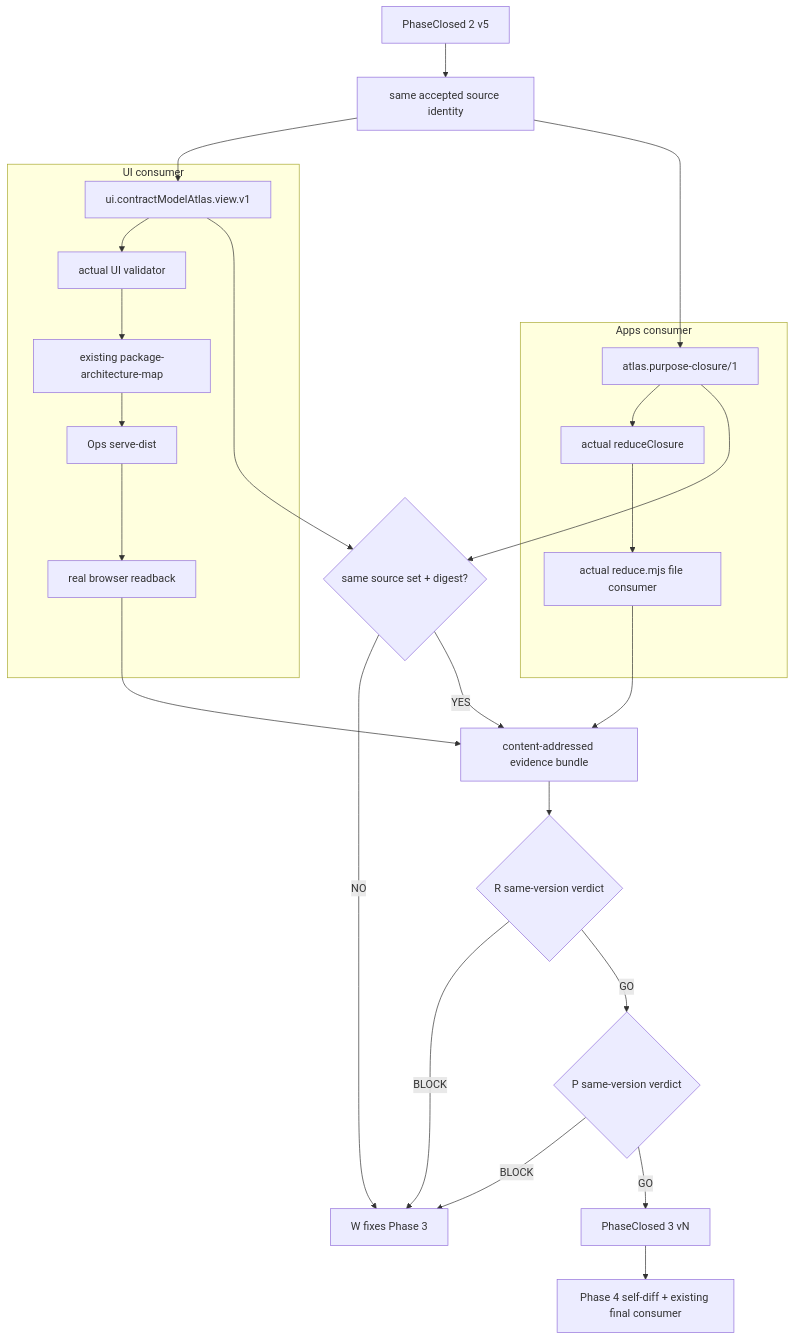
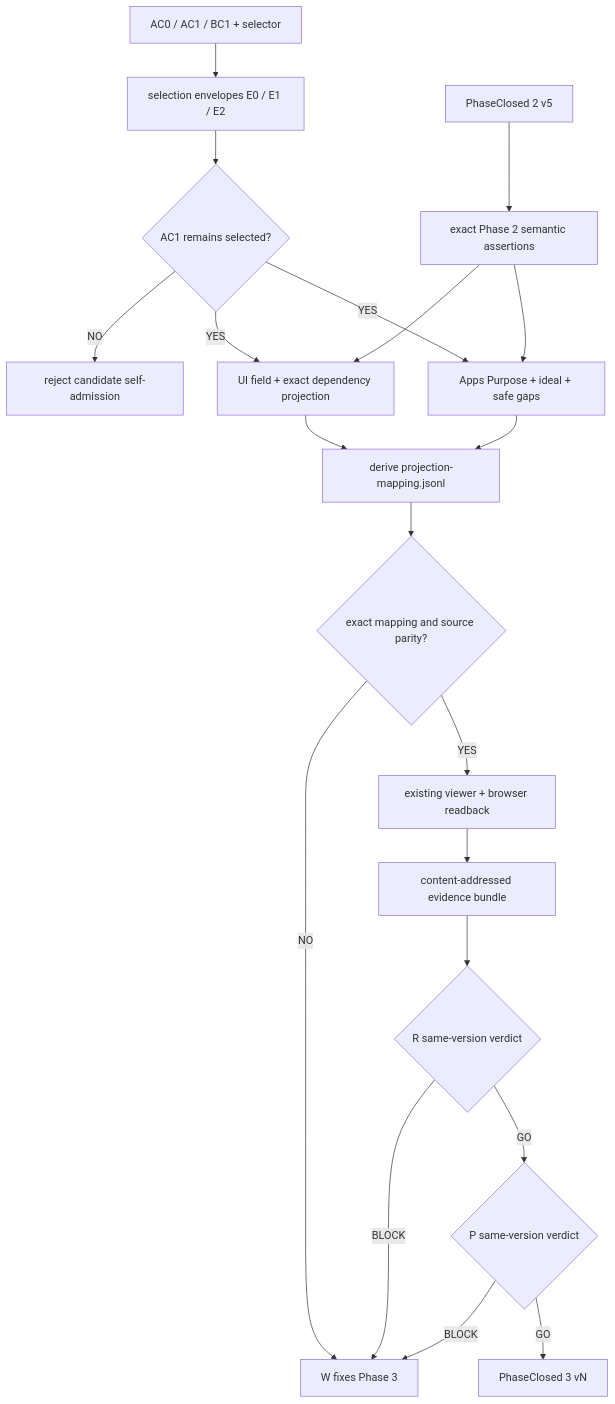
Before and after one commit to roccho-org/ops: the diagram in packages/ops-package-contract-bridge/PHASE3.md, drawn with Mermaid. The commit also changed other lines of this file and 5 other files, not shown here.

Commit message:
fix(contract): connect Phase 3 v2 closure proof

````diff
--- a/packages/ops-package-contract-bridge/PHASE3.md
+++ b/packages/ops-package-contract-bridge/PHASE3.md
@@ -153,31 +201,22 @@
 ```mermaid
 flowchart TB
-  P2["PhaseClosed 2 v5"] --> SRC["same accepted source identity"]
-
-  subgraph UI["UI consumer"]
-    UV["ui.contractModelAtlas.view.v1"] --> UC["actual UI validator"]
-    UC --> MAP["existing package-architecture-map"]
-    MAP --> SERVE["Ops serve-dist"]
-    SERVE --> BROWSER["real browser readback"]
-  end
-
-  subgraph APPS["Apps consumer"]
-    AI["atlas.purpose-closure/1"] --> AR["actual reduceClosure"]
-    AR --> CLI["actual reduce.mjs file consumer"]
-  end
-
-  SRC --> UV
-  SRC --> AI
-  UV --> SAME{"same source set + digest?"}
-  AI --> SAME
-  SAME -->|NO| FIX["W fixes Phase 3"]
-  SAME -->|YES| ART["content-addressed evidence bundle"]
-  BROWSER --> ART
-  CLI --> ART
+  P2["PhaseClosed 2 v5"] --> S["exact Phase 2 semantic assertions"]
+  P1["AC0 / AC1 / BC1 + selector"] --> E["selection envelopes E0 / E1 / E2"]
+  E --> C{"AC1 remains selected?"}
+  C -->|NO| X["reject candidate self-admission"]
+  C -->|YES| UI["UI field + exact dependency projection"]
+  C -->|YES| APPS["Apps Purpose + ideal + safe gaps"]
+  S --> UI
+  S --> APPS
+  UI --> M["derive projection-mapping.jsonl"]
+  APPS --> M
+  M --> V{"exact mapping and source parity?"}
+  V -->|NO| FIX["W fixes Phase 3"]
+  V -->|YES| B["existing viewer + browser readback"]
+  B --> ART["content-addressed evidence bundle"]
   ART --> R{"R same-version verdict"}
   R -->|BLOCK| FIX
   R -->|GO| P{"P same-version verdict"}
   P -->|BLOCK| FIX
   P -->|GO| CLOSED["PhaseClosed 3 vN"]
-  CLOSED --> P4["Phase 4 self-diff + existing final consumer"]
 ```
````
